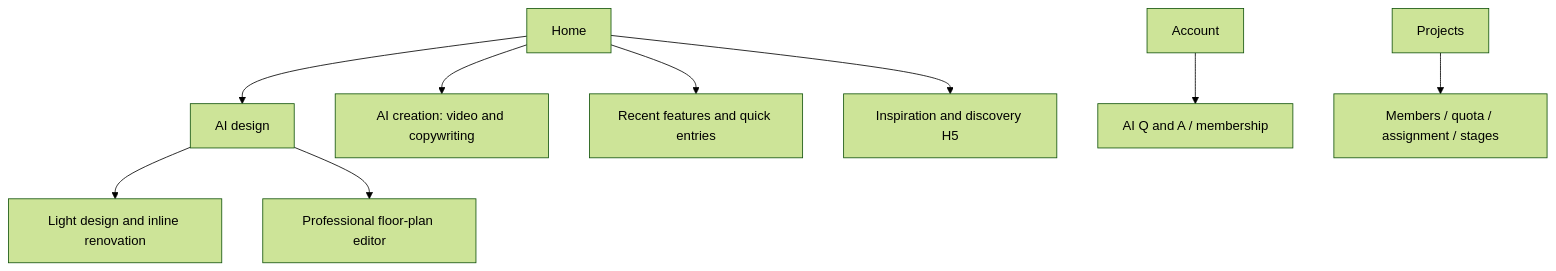
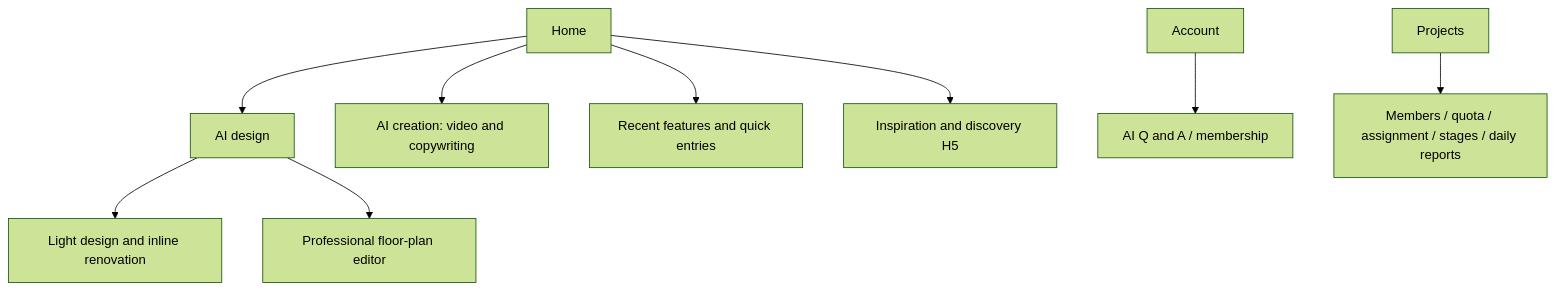
Before and after one commit to Orientation-CD/docs: the diagram in frontend/overview.md, drawn with Mermaid (forest theme). The commit also changed other lines of this file and 189 other files, not shown here.

First line of the commit message:
docs: sync daily reports, video options and ThreeVjia drafts (#8)

````diff
--- a/frontend/overview.md
+++ b/frontend/overview.md
@@ -7,11 +7,11 @@
 ```mermaid
 flowchart TB
   H[Home] --> D[AI design]
   D --> L[Light design and inline renovation]
   D --> P[Professional floor-plan editor]
   H --> C[AI creation: video and copywriting]
   H --> R[Recent features and quick entries]
   H --> I[Inspiration and discovery H5]
   A[Account] --> Q[AI Q and A / membership]
-  W[Projects] --> M[Members / quota / assignment / stages]
+  W[Projects] --> M[Members / quota / assignment / stages / daily reports]
 ```
````
